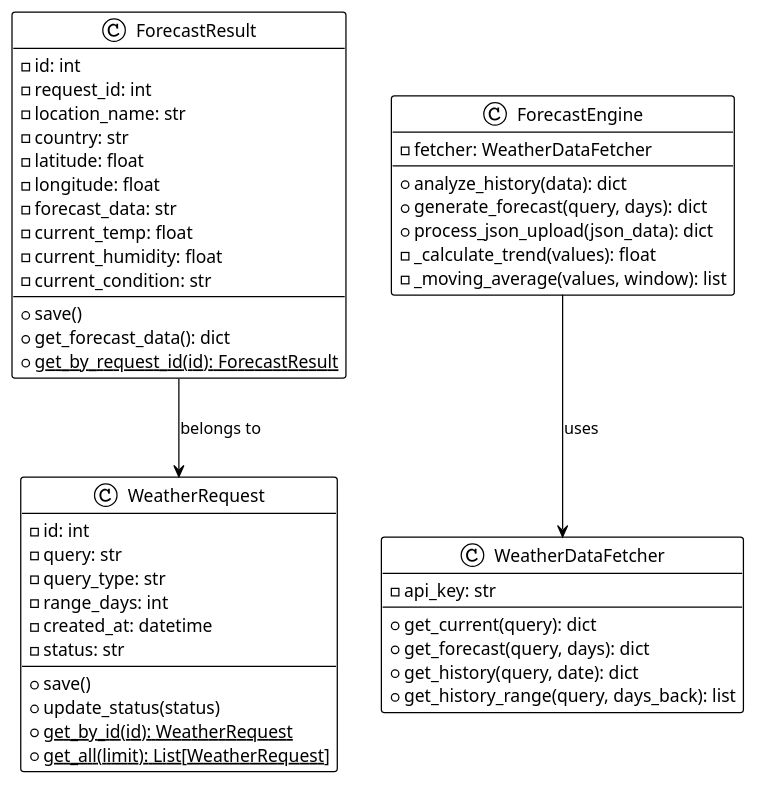
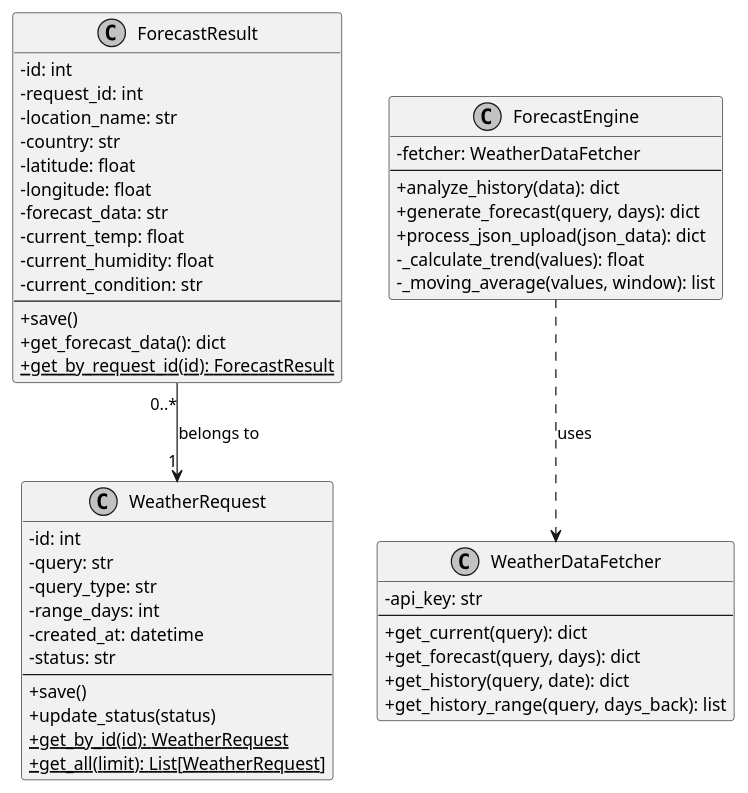
Before and after one commit to AASoftIR/kanban: the diagram in diagrams/02_class_diagram.puml, drawn with PlantUML. The commit also changed 25 other files, not shown here.

```diff
--- a/diagrams/02_class_diagram.puml
+++ b/diagrams/02_class_diagram.puml
@@ -2,58 +2,62 @@
 @startuml ClassDiagram
-!theme plain
-
+' Rational Rose-like styling (classic UML look)
+skinparam monochrome true
+skinparam shadowing false
+skinparam BackgroundColor white
+skinparam DefaultFontName Arial
+skinparam classAttributeIconSize 0
 
 class WeatherRequest {
     - id: int
     - query: str
     - query_type: str
     - range_days: int
     - created_at: datetime
     - status: str
     --
     + save()
     + update_status(status)
     + {static} get_by_id(id): WeatherRequest
     + {static} get_all(limit): List[WeatherRequest]
 }
 
 class WeatherDataFetcher {
     - api_key: str
     --
     + get_current(query): dict
     + get_forecast(query, days): dict
     + get_history(query, date): dict
     + get_history_range(query, days_back): list
 }
 
 class ForecastEngine {
     - fetcher: WeatherDataFetcher
     --
     + analyze_history(data): dict
     + generate_forecast(query, days): dict
     + process_json_upload(json_data): dict
     - _calculate_trend(values): float
     - _moving_average(values, window): list
 }
 
 class ForecastResult {
     - id: int
     - request_id: int
     - location_name: str
     - country: str
     - latitude: float
     - longitude: float
     - forecast_data: str
     - current_temp: float
     - current_humidity: float
     - current_condition: str
     --
     + save()
     + get_forecast_data(): dict
     + {static} get_by_request_id(id): ForecastResult
 }
 
-ForecastEngine --> WeatherDataFetcher : uses
-ForecastResult --> WeatherRequest : belongs to
+ForecastEngine ..> WeatherDataFetcher : uses
+ForecastResult "0..*" --> "1" WeatherRequest : belongs to
 
 @enduml
```
